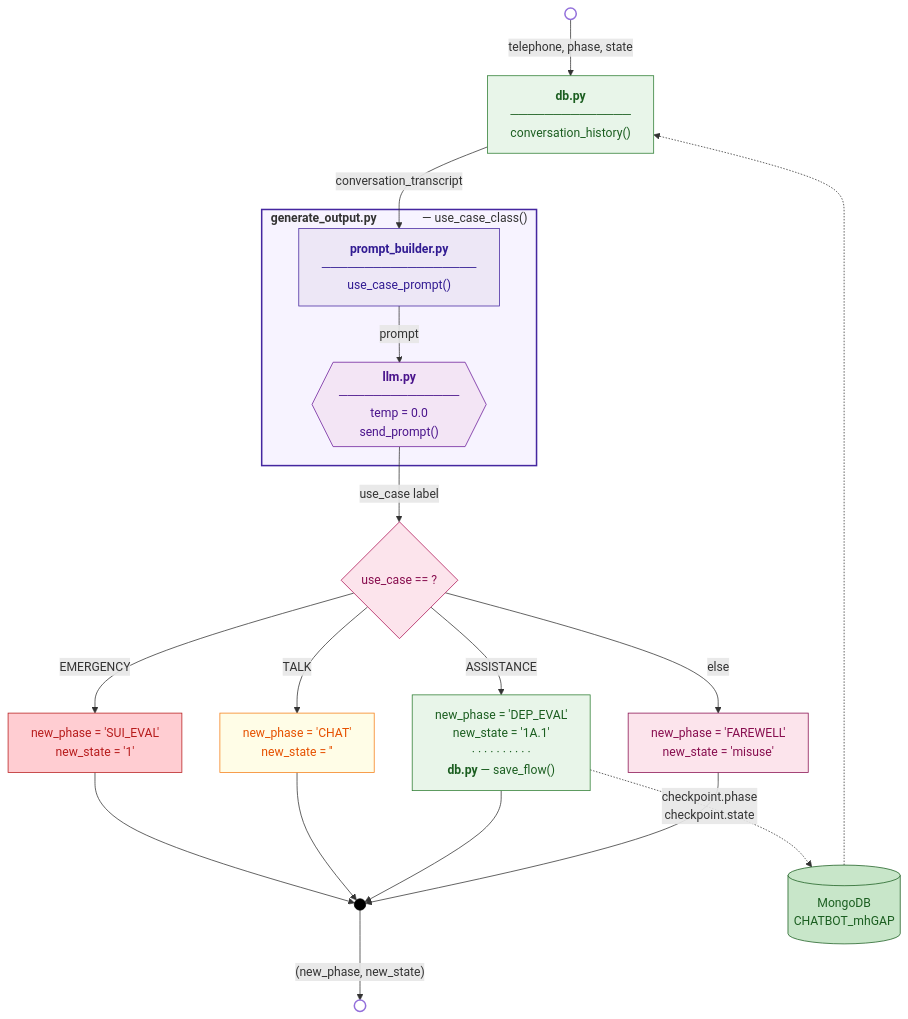
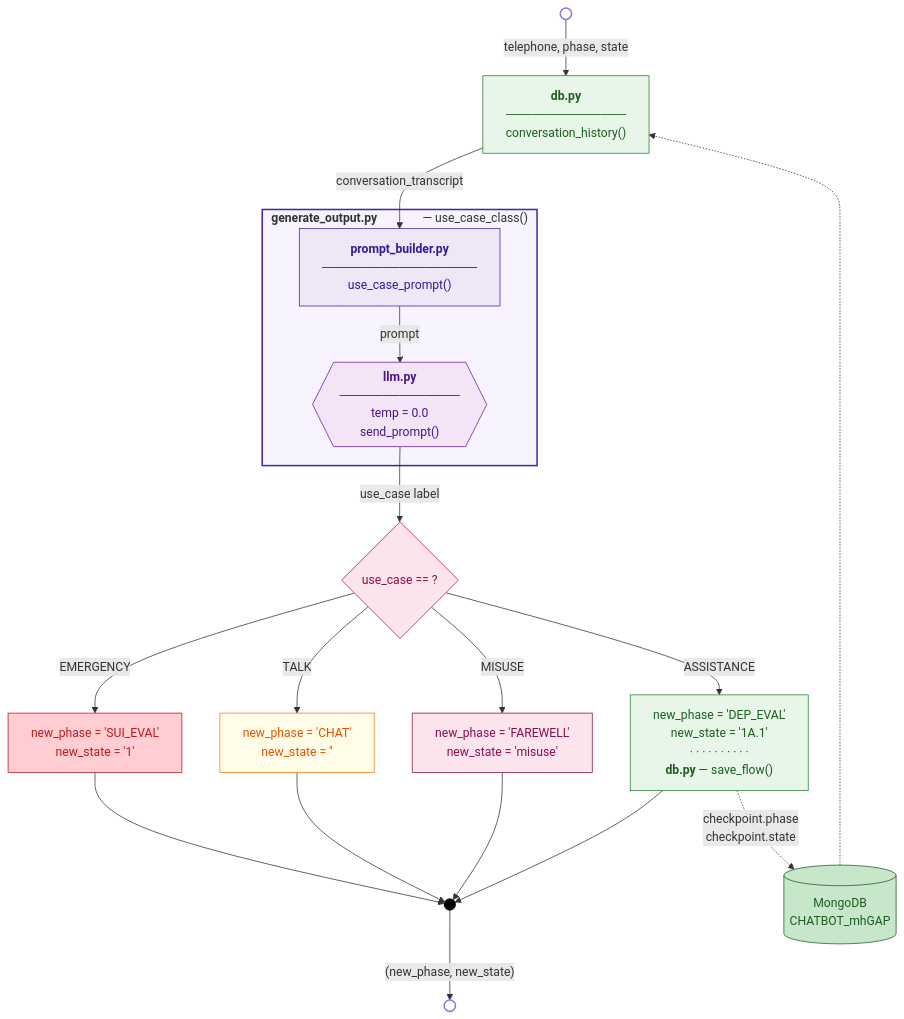
One commit to JordiiQueralto/AURORA_mhGAP-IG_v2.0 changed the diagram in diagrams/4_0_Use_case.md. Above: the diagram before and after it, drawn with Mermaid. The commit also changed 19 other files, not shown here.

````diff
--- a/diagrams/4_0_Use_case.md
+++ b/diagrams/4_0_Use_case.md
@@ -1,54 +1,56 @@
 ```mermaid
+
 flowchart TD
 
     START(( )):::circle
     JUNCTION(( )):::junction
     FINISH(( )):::circle
 
     MONGO[("MongoDB<br/>CHATBOT_mhGAP")]:::db
 
     CTX["<b>db.py</b><br/>──────────────<br/>conversation_history()<br/>"]:::dbmod
 
     subgraph UC_BLOCK["&nbsp;&nbsp;<b>generate_output.py &nbsp;&nbsp;&nbsp;&nbsp;&nbsp;&nbsp;&nbsp;&nbsp;&nbsp;&nbsp;&nbsp;&nbsp;&nbsp;&nbsp;</b>— use_case_class()&nbsp;&nbsp;"]
         PB["<b>prompt_builder.py</b><br/>──────────────────<br/>use_case_prompt()"]:::prompt
         LLM{{"<b>llm.py</b><br/>──────────────<br/>temp = 0.0<br/>send_prompt()"}}:::llm
     end
 
     SWITCH{use_case == ?}:::decision
 
     EM["new_phase = 'SUI_EVAL'<br/>new_state = '1'"]:::emergency
 
     AS["new_phase = 'DEP_EVAL'<br/>new_state = '1A.1'<br/>· · · · · · · · · ·<br/><b>db.py</b> — save_flow()"]:::dbmod
 
     TK["new_phase = 'CHAT'<br/>new_state = ''"]:::flowblock
 
     MS["new_phase = 'FAREWELL'<br/>new_state = 'misuse'"]:::farewell
 
     START -->|"telephone, phase, state"| CTX
     CTX -->|"conversation_transcript"| PB
     PB -->|"prompt"| LLM
     LLM -->|"use_case label"| SWITCH
 
     SWITCH -->|"EMERGENCY"| EM --> JUNCTION
     SWITCH -->|"TALK"| TK --> JUNCTION
+    SWITCH -->|"MISUSE"| MS --> JUNCTION
     SWITCH -->|"ASSISTANCE"| AS --> JUNCTION 
-    SWITCH -->|"else"| MS --> JUNCTION
+    
 
     MONGO -.-> CTX
     AS -.->|"checkpoint.phase\ncheckpoint.state"| MONGO
 
     JUNCTION -->|"(new_phase, new_state)"| FINISH
 
     classDef circle    fill:#ffffff,stroke:#9370db,stroke-width:2px,color:#ffffff
     classDef junction  fill:#000000,stroke:#000000,color:#000000
     classDef decision  fill:#fce4ec,stroke:#ad1457,color:#880e4f
     classDef dbmod     fill:#e8f5e9,stroke:#2e7d32,color:#1b5e20
     classDef db        fill:#c8e6c9,stroke:#1b5e20,color:#1b5e20
     classDef prompt    fill:#ede7f6,stroke:#4527a0,color:#311b92
     classDef llm       fill:#f3e5f5,stroke:#6a1b9a,color:#4a148c
     classDef flowblock fill:#fffde7,stroke:#f57f17,color:#e65100
     classDef emergency fill:#ffcdd2,stroke:#b71c1c,color:#b71c1c
     classDef farewell  fill:#fce4ec,stroke:#880e4f,color:#880e4f
 
     style UC_BLOCK fill:#f7f3ff,stroke:#4527a0,stroke-width:2px
 ```
````
